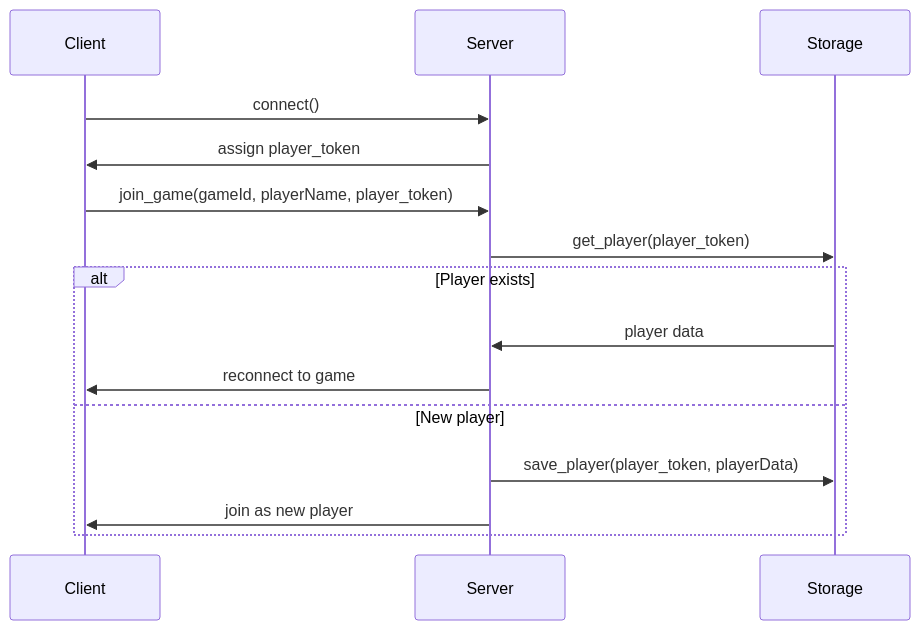
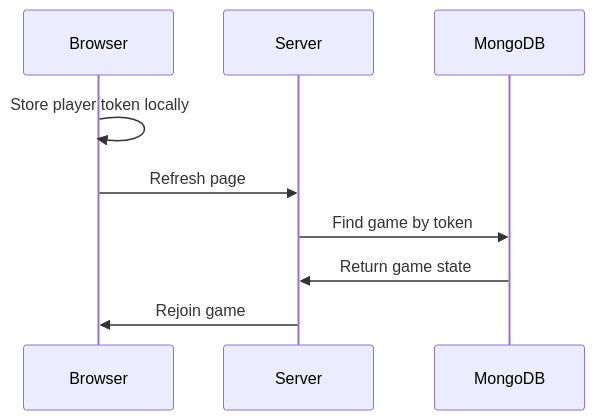
One commit to shameer99/anagrab changed the third of 5 diagrams in .github/docs/persistence_plan.md. Above: the diagram before and after it, drawn with Mermaid. The commit also changed other lines of this file, not shown here.

````diff
--- a/.github/docs/persistence_plan.md
+++ b/.github/docs/persistence_plan.md
@@ -77,18 +180,12 @@
 ```mermaid
 sequenceDiagram
-    participant Client
+    participant Browser
     participant Server
-    participant Storage
+    participant MongoDB
 
-    Client->>Server: connect()
-    Server->>Client: assign player_token
-    Client->>Server: join_game(gameId, playerName, player_token)
-    Server->>Storage: get_player(player_token)
-    alt Player exists
-        Storage->>Server: player data
-        Server->>Client: reconnect to game
-    else New player
-        Server->>Storage: save_player(player_token, playerData)
-        Server->>Client: join as new player
-    end
+    Browser->>Browser: Store player token locally
+    Browser->>Server: Refresh page
+    Server->>MongoDB: Find game by token
+    MongoDB->>Server: Return game state
+    Server->>Browser: Rejoin game
 ```
````
